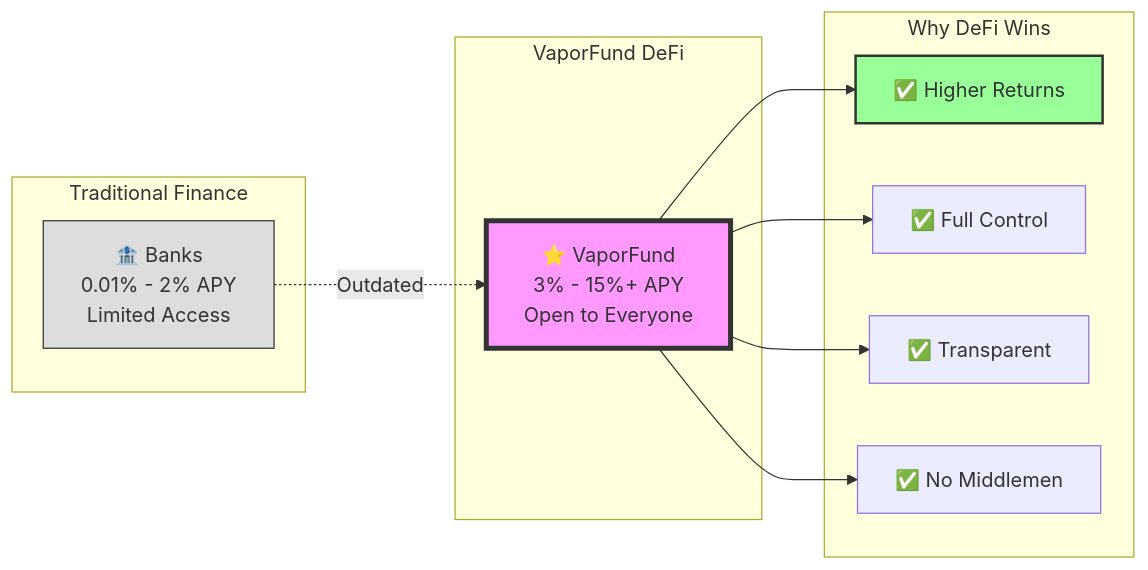
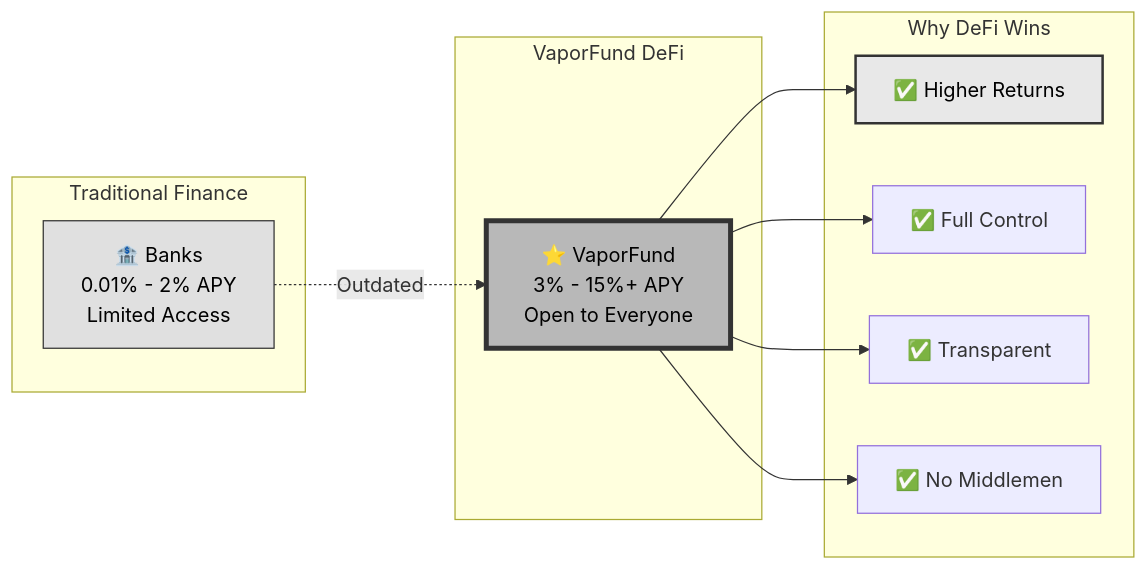
Before and after one commit to VaporFund/vapor-staking-platform-docs: the eighth of 13 diagrams in ARCHITECTURE.md, drawn with Mermaid. The commit also changed other lines of this file and 1 other file, not shown here.

First line of the commit message:
docs: enhance ARCHITECTURE.md with explanations and grayscale styling

````diff
--- a/ARCHITECTURE.md
+++ b/ARCHITECTURE.md
@@ -262,27 +261,27 @@
 ```mermaid
 graph LR
     subgraph TradFi["Traditional Finance"]
         BANKS["🏦 Banks<br>0.01% - 2% APY<br>Limited Access"]
     end
 
     subgraph DeFi["VaporFund DeFi"]
         VF["⭐ VaporFund<br>3% - 15%+ APY<br>Open to Everyone"]
     end
 
     subgraph Benefits["Why DeFi Wins"]
         BENEFIT1["✅ Higher Returns"]
         BENEFIT2["✅ Full Control"]
         BENEFIT3["✅ Transparent"]
         BENEFIT4["✅ No Middlemen"]
     end
 
     BANKS -.Outdated.-> VF
     VF --> BENEFIT1
     VF --> BENEFIT2
     VF --> BENEFIT3
     VF --> BENEFIT4
 
-    style BANKS fill:#ddd,stroke:#333,stroke-width:1px
-    style VF fill:#f9f,stroke:#333,stroke-width:4px
-    style BENEFIT1 fill:#9f9,stroke:#333,stroke-width:2px
+    style BANKS fill:#e0e0e0,stroke:#333,stroke-width:1px,color:#000
+    style VF fill:#b8b8b8,stroke:#333,stroke-width:4px,color:#000
+    style BENEFIT1 fill:#e8e8e8,stroke:#333,stroke-width:2px,color:#000
 ```
````
